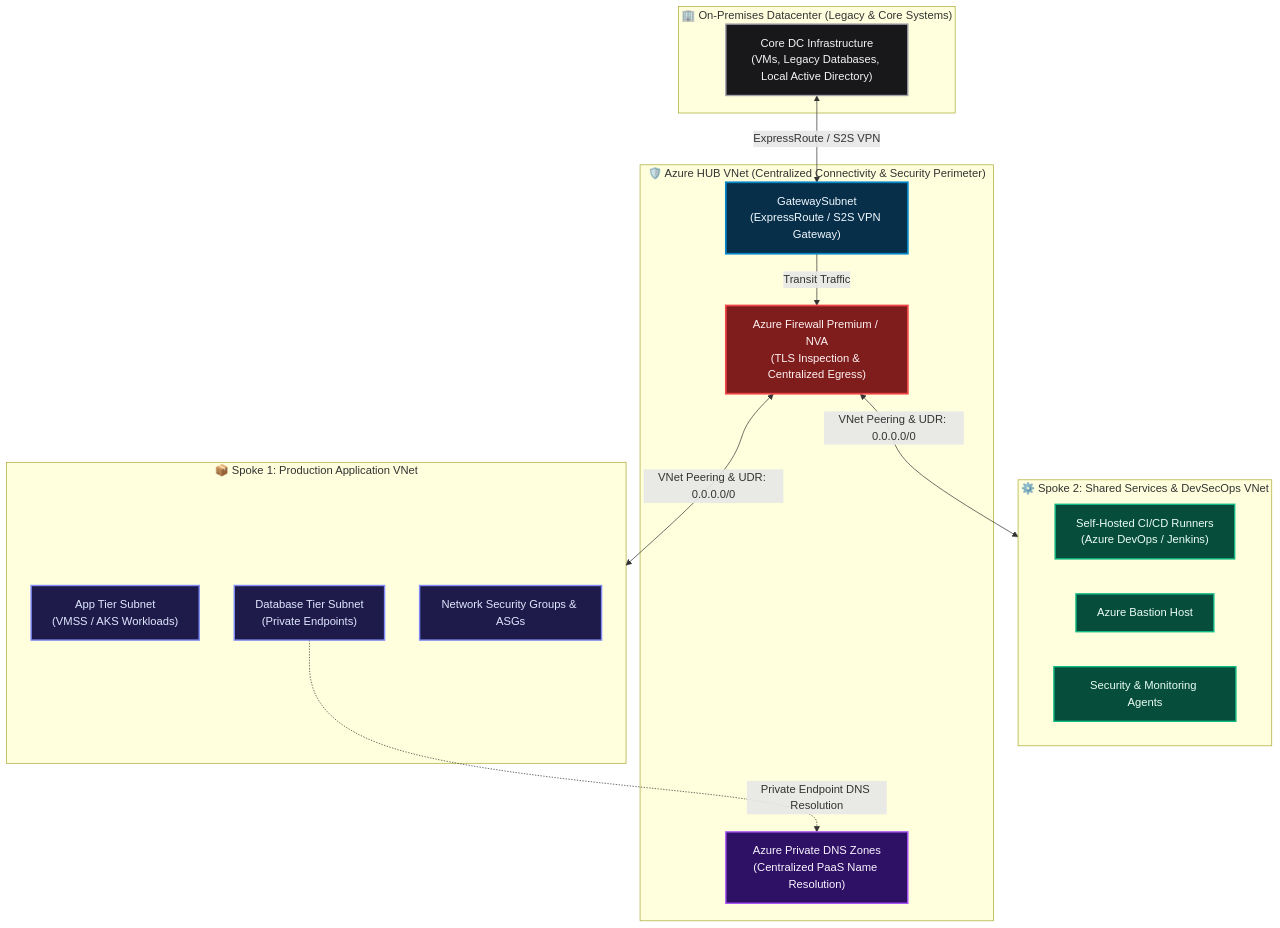
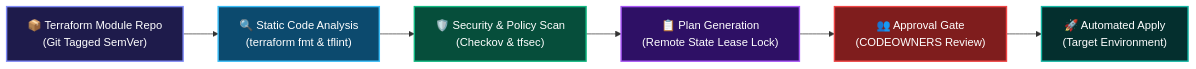
Before and after one commit to Sarvesh0401/Sarvesh0401: the second of 6 diagrams in README.md, drawn with Mermaid. The commit also changed other lines of this file and 3 other files, not shown here.

First line of the commit message:
feat: align profile to Senior DevSecOps focusing on Terraform, CI/CD, and Kubernetes

````diff
--- a/README.md
+++ b/README.md
@@ -120,44 +124,22 @@
 ```mermaid
-flowchart TD
-    subgraph OnPrem ["🏢 On-Premises Datacenter (Legacy & Core Systems)"]
-        DC["Core DC Infrastructure<br/>(VMs, Legacy Databases, Local Active Directory)"]
-    end
+flowchart LR
+    T1["📦 Terraform Module Repo<br/>(Git Tagged SemVer)"] --> T2["🔍 Static Code Analysis<br/>(terraform fmt & tflint)"]
+    T2 --> T3["🛡️ Security & Policy Scan<br/>(Checkov & tfsec)"]
+    T3 --> T4["📋 Plan Generation<br/>(Remote State Lease Lock)"]
+    T4 --> T5["👥 Approval Gate<br/>(CODEOWNERS Review)"]
+    T5 --> T6["🚀 Automated Apply<br/>(Target Environment)"]
 
-    subgraph HubVNet ["🛡️ Azure HUB VNet (Centralized Connectivity & Security Perimeter)"]
-        GW["GatewaySubnet<br/>(ExpressRoute / S2S VPN Gateway)"]
-        FW["Azure Firewall Premium / NVA<br/>(TLS Inspection & Centralized Egress)"]
-        DNS["Azure Private DNS Zones<br/>(Centralized PaaS Name Resolution)"]
-    end
+    classDef tf1 fill:#1e1b4b,stroke:#818cf8,stroke-width:2px,color:#fff;
+    classDef tf2 fill:#0c4a6e,stroke:#38bdf8,stroke-width:2px,color:#fff;
+    classDef tf3 fill:#064e3b,stroke:#10b981,stroke-width:2px,color:#fff;
+    classDef tf4 fill:#2e1065,stroke:#a855f7,stroke-width:2px,color:#fff;
+    classDef tf5 fill:#7f1d1d,stroke:#ef4444,stroke-width:2px,color:#fff;
+    classDef tf6 fill:#042f2e,stroke:#14b8a6,stroke-width:2px,color:#fff;
 
-    subgraph SpokeApp ["📦 Spoke 1: Production Application VNet"]
-        AppTier["App Tier Subnet<br/>(VMSS / AKS Workloads)"]
-        DBTier["Database Tier Subnet<br/>(Private Endpoints)"]
-        NSG1["Network Security Groups & ASGs"]
-    end
-
-    subgraph SpokeShared ["⚙️ Spoke 2: Shared Services & DevSecOps VNet"]
-        Runners["Self-Hosted CI/CD Runners<br/>(Azure DevOps / Jenkins)"]
-        Bastion["Azure Bastion Host"]
-        SecTools["Security & Monitoring Agents"]
-    end
-
-    DC <-->|"ExpressRoute / S2S VPN"| GW
-    GW -->|"Transit Traffic"| FW
-    FW <-->|"VNet Peering & UDR: 0.0.0.0/0"| SpokeApp
-    FW <-->|"VNet Peering & UDR: 0.0.0.0/0"| SpokeShared
-    DBTier -.->|"Private Endpoint DNS Resolution"| DNS
-
-    classDef onpremStyle fill:#18181b,stroke:#a1a1aa,stroke-width:2px,color:#f4f4f5;
-    classDef hubStyle fill:#082f49,stroke:#0284c7,stroke-width:2.5px,color:#f0f9ff;
-    classDef fwStyle fill:#7f1d1d,stroke:#ef4444,stroke-width:2.5px,color:#fef2f2;
-    classDef dnsStyle fill:#2e1065,stroke:#a855f7,stroke-width:2px,color:#faf5ff;
-    classDef spokeAppStyle fill:#1e1b4b,stroke:#818cf8,stroke-width:2px,color:#e0e7ff;
-    classDef spokeSharedStyle fill:#064e3b,stroke:#10b981,stroke-width:2px,color:#ecfdf5;
-
-    class DC onpremStyle;
-    class GW hubStyle;
-    class FW fwStyle;
-    class DNS dnsStyle;
-    class AppTier,DBTier,NSG1 spokeAppStyle;
-    class Runners,Bastion,SecTools spokeSharedStyle;
+    class T1 tf1;
+    class T2 tf2;
+    class T3 tf3;
+    class T4 tf4;
+    class T5 tf5;
+    class T6 tf6;
 ```
````
